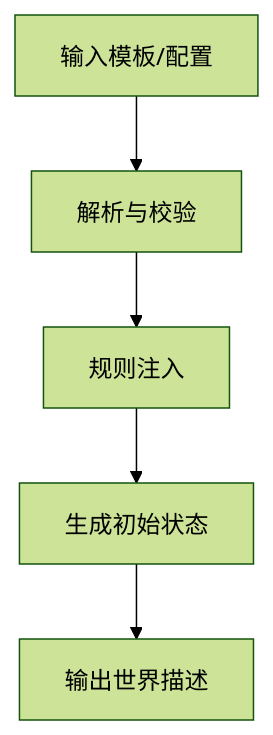
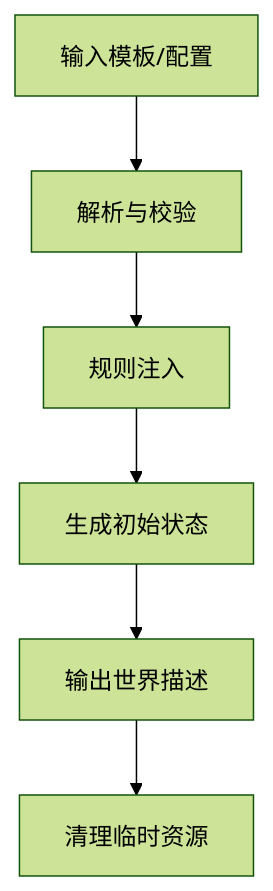
One commit to Ivandanslespace/thegreatnovel changed the tenth of 12 diagrams in .qoder/repowiki/zh/content/运行时系统/运行时核心.md. Above: the diagram before and after it, drawn with Mermaid (forest theme). The commit also changed other lines of this file and 64 other files, not shown here.

````diff
--- a/.qoder/repowiki/zh/content/运行时系统/运行时核心.md
+++ b/.qoder/repowiki/zh/content/运行时系统/运行时核心.md
@@ -416,7 +472,8 @@
 ```mermaid
 flowchart TD
 A["输入模板/配置"] --> B["解析与校验"]
 B --> C["规则注入"]
 C --> D["生成初始状态"]
 D --> E["输出世界描述"]
+E --> F["清理临时资源"]
 ```
````
